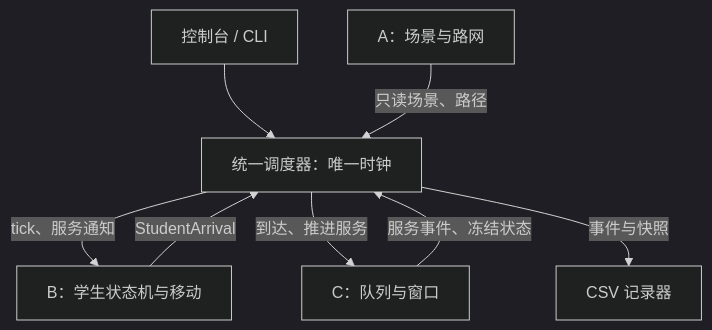
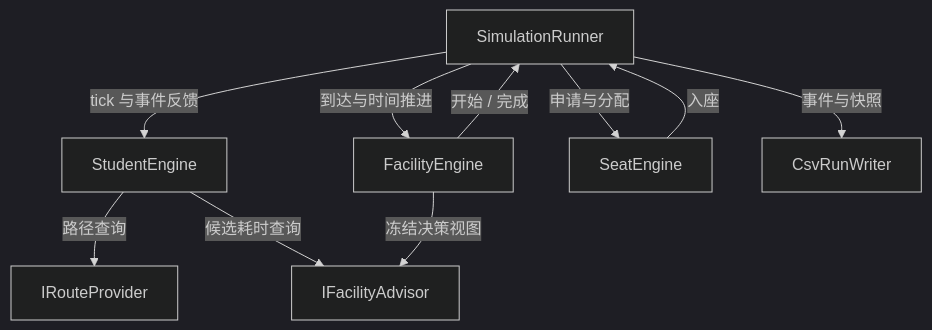
One commit to 3550625279-ux/campustwin-lite changed the diagram in docs/02_ARCHITECTURE.md. Above: the diagram before and after it, drawn with Mermaid (dark theme). The commit also changed other lines of this file and 9 other files, not shown here.

````diff
--- a/docs/02_ARCHITECTURE.md
+++ b/docs/02_ARCHITECTURE.md
@@ -5,10 +7,12 @@
 ```mermaid
 flowchart TB
-    U["控制台 / CLI"] --> R["统一调度器：唯一时钟"]
-    A["A：场景与路网"] -->|"只读场景、路径"| R
-    R -->|"tick、服务通知"| B["B：学生状态机与移动"]
-    B -->|"StudentArrival"| R
-    R -->|"到达、推进服务"| C["C：队列与窗口"]
-    C -->|"服务事件、冻结状态"| R
-    R -->|"事件与快照"| O["CSV 记录器"]
+    R["SimulationRunner"] -->|"tick 与事件反馈"| B["StudentEngine"]
+    B -->|"路径查询"| A["IRouteProvider"]
+    B -->|"候选耗时查询"| V["IFacilityAdvisor"]
+    R -->|"到达与时间推进"| C["FacilityEngine"]
+    C -->|"冻结决策视图"| V
+    R -->|"申请与分配"| S["SeatEngine"]
+    C -->|"开始 / 完成"| R
+    S -->|"入座"| R
+    R -->|"事件与快照"| W["CsvRunWriter"]
 ```
````
